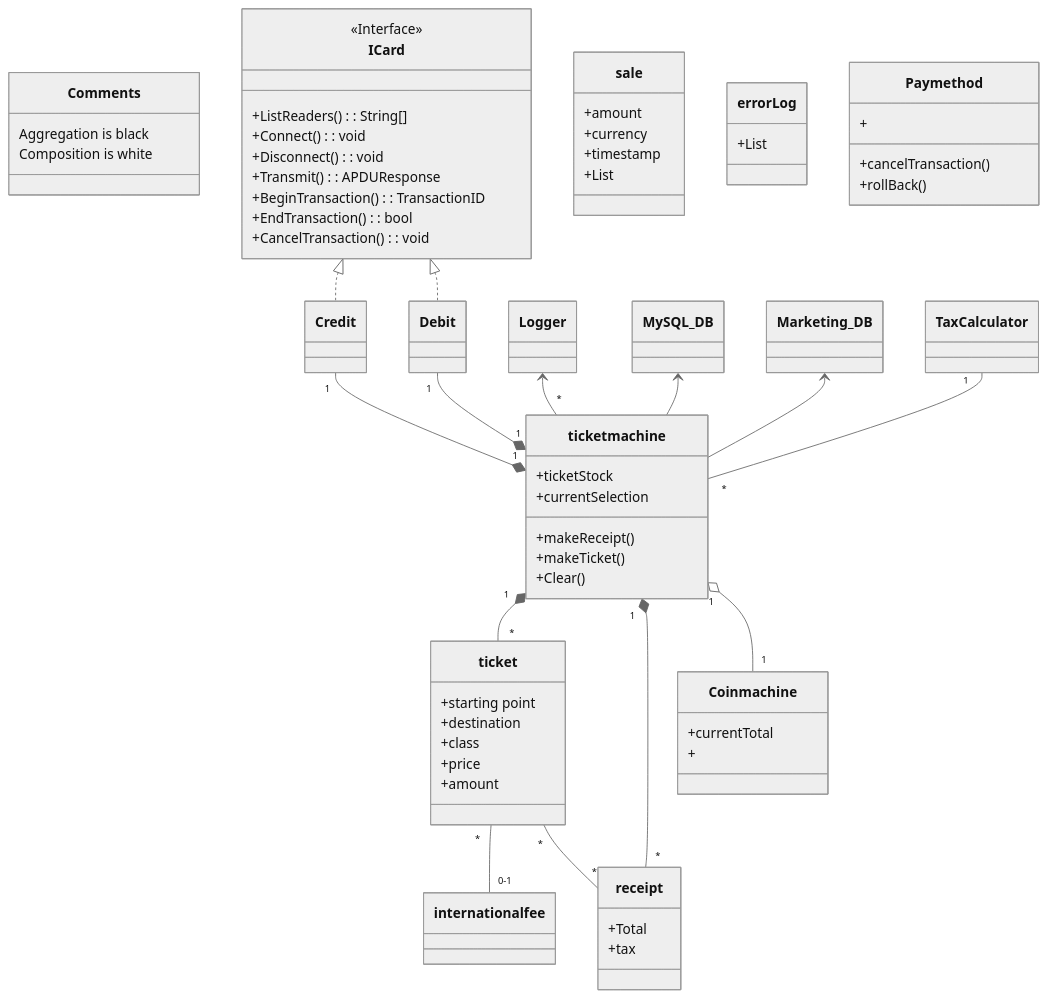
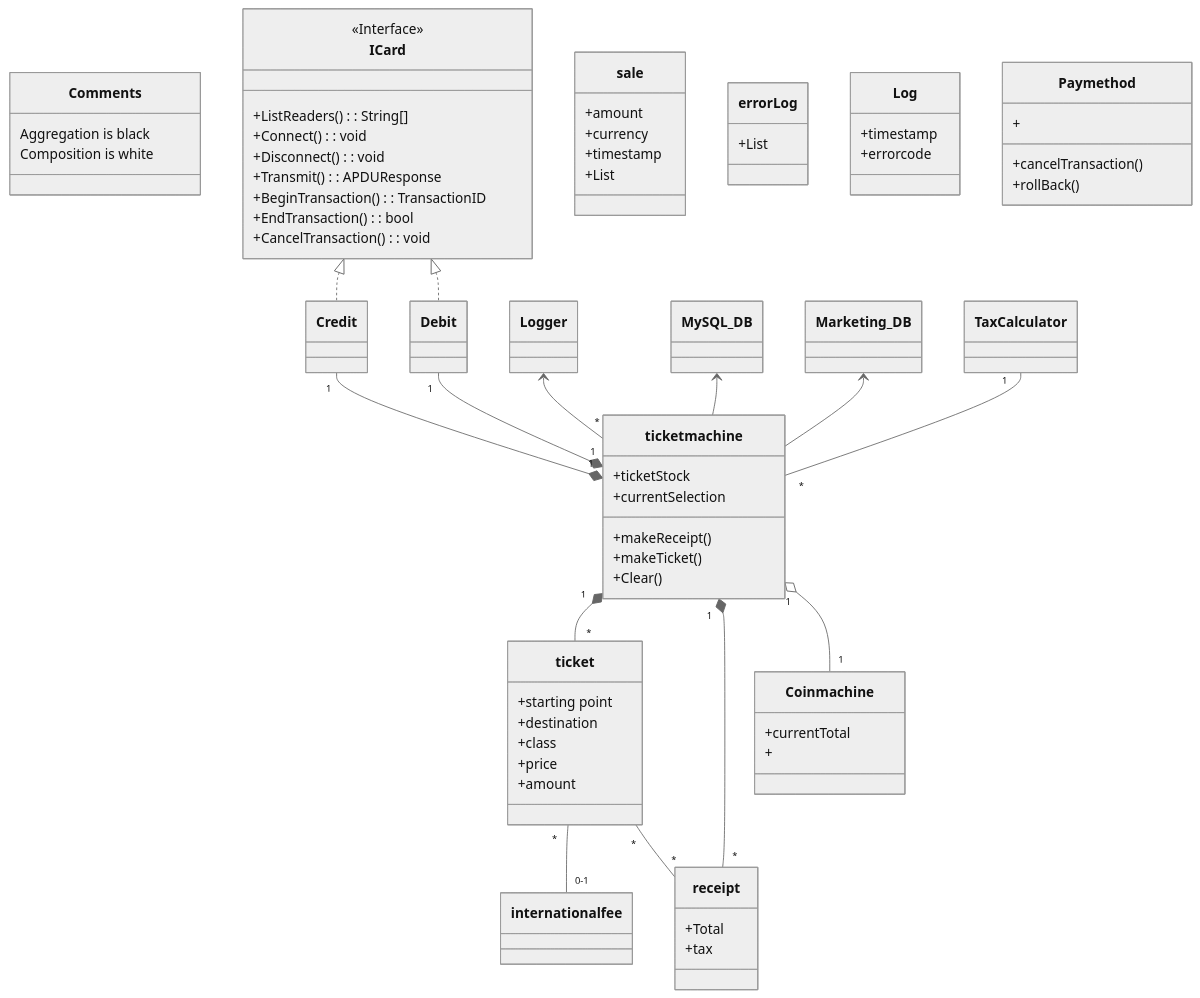
One commit to ThannerJonna/MSO23_G19 changed the diagram in Classes.md. Above: the diagram before and after it, drawn with Mermaid (neutral theme).

Commit message:
classes aangepast

```diff
--- a/Classes.md
+++ b/Classes.md
@@ -30,6 +30,11 @@
 
 class errorLog{
     +List<Log>
+}
+
+class Log{
+    +timestamp
+    +errorcode
 }
 
 
```
